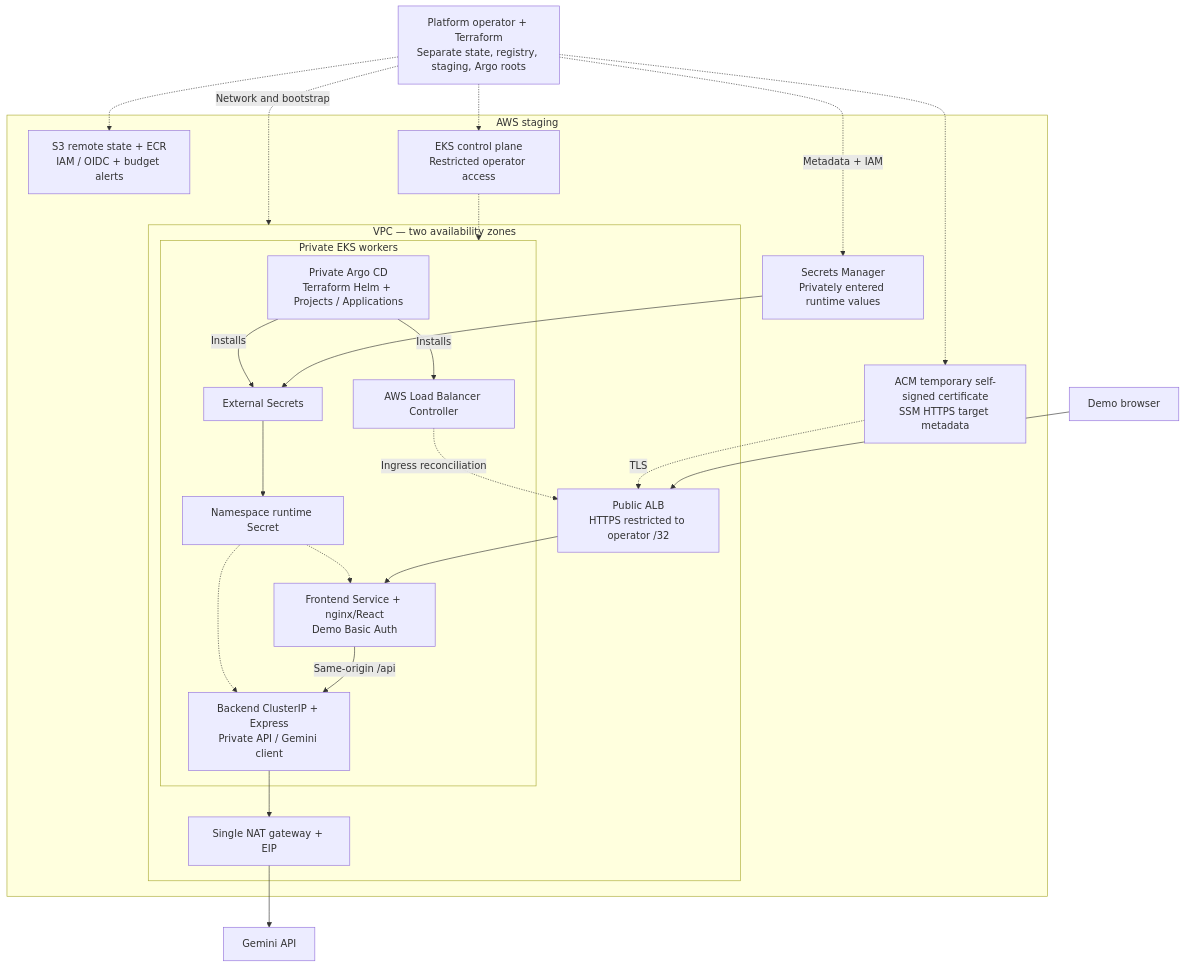
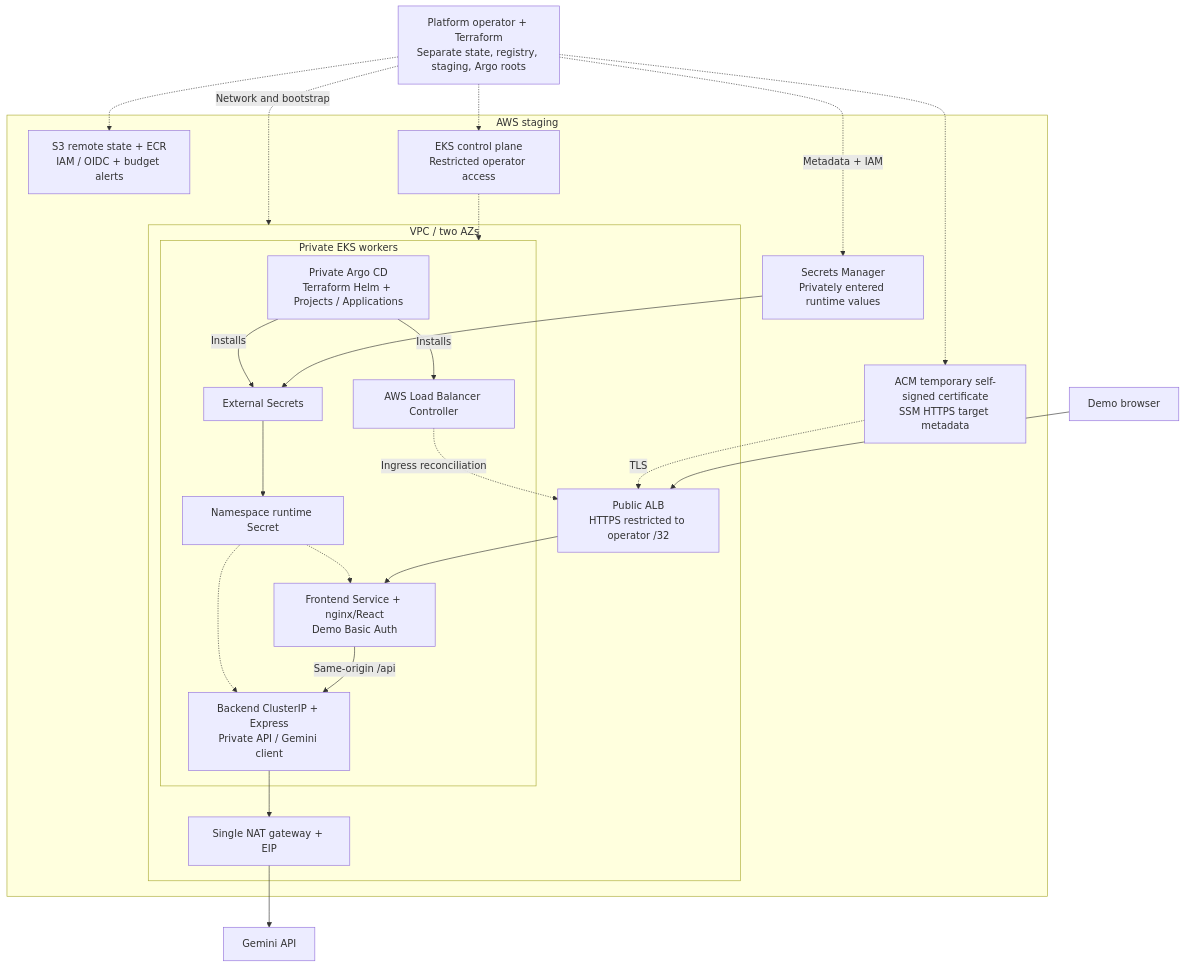
The second of 2 diagrams in README.md (YASHMAHAKAL/backstage-agent-guard), drawn with Mermaid before and after one commit.

Commit message:
Keep cloud diagram group title readable

````diff
--- a/README.md
+++ b/README.md
@@ -48,39 +48,39 @@
 ```mermaid
 flowchart TB
   Operator["Platform operator + Terraform<br/>Separate state, registry, staging, Argo roots"]
   Browser["Demo browser"]
   Gemini["Gemini API"]
   subgraph AWS["AWS staging"]
     Foundation["S3 remote state + ECR<br/>IAM / OIDC + budget alerts"]
     EKS["EKS control plane<br/>Restricted operator access"]
     Secrets["Secrets Manager<br/>Privately entered runtime values"]
     Target["ACM temporary self-signed certificate<br/>SSM HTTPS target metadata"]
-    subgraph VPC["VPC — two availability zones"]
+    subgraph VPC["VPC / two AZs"]
       ALB["Public ALB<br/>HTTPS restricted to operator /32"]
       NAT["Single NAT gateway + EIP"]
       subgraph Workers["Private EKS workers"]
         Argo["Private Argo CD<br/>Terraform Helm + Projects / Applications"]
         ESO["External Secrets"]
         LBC["AWS Load Balancer Controller"]
         Runtime["Namespace runtime Secret"]
         Frontend["Frontend Service + nginx/React<br/>Demo Basic Auth"]
         Backend["Backend ClusterIP + Express<br/>Private API / Gemini client"]
       end
     end
   end
   Operator -.-> Foundation
   Operator -.-> EKS
   Operator -.->|"Network and bootstrap"| VPC
   Operator -.->|"Metadata + IAM"| Secrets
   Operator -.-> Target
   EKS -.-> Workers
   Argo -->|"Installs"| ESO
   Argo -->|"Installs"| LBC
   Secrets --> ESO --> Runtime
   Runtime -.-> Frontend
   Runtime -.-> Backend
   LBC -.->|"Ingress reconciliation"| ALB
   Target -.->|"TLS"| ALB
   Browser --> ALB --> Frontend -->|"Same-origin /api"| Backend
   Backend --> NAT --> Gemini
 ```
````
